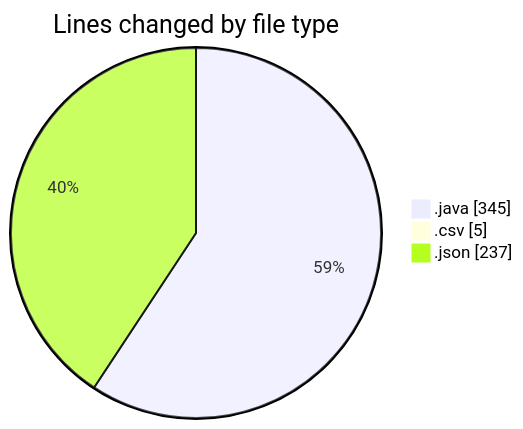
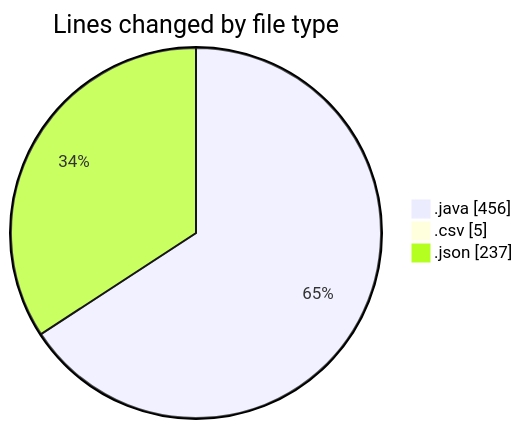
One commit to ricardozamudiocil/code-tracking changed the first of 2 diagrams in 2026-09-10/cilapp/README.md. Above: the diagram before and after it, drawn with Mermaid. The commit also changed other lines of this file and 1 other file, not shown here.

````diff
--- a/2026-09-10/cilapp/README.md
+++ b/2026-09-10/cilapp/README.md
@@ -23,7 +23,7 @@
 ```mermaid
 pie showData
 title Lines changed by file type
-".java" : 345
+".java" : 456
 ".csv" : 5
 ".json" : 237
 ```
````
